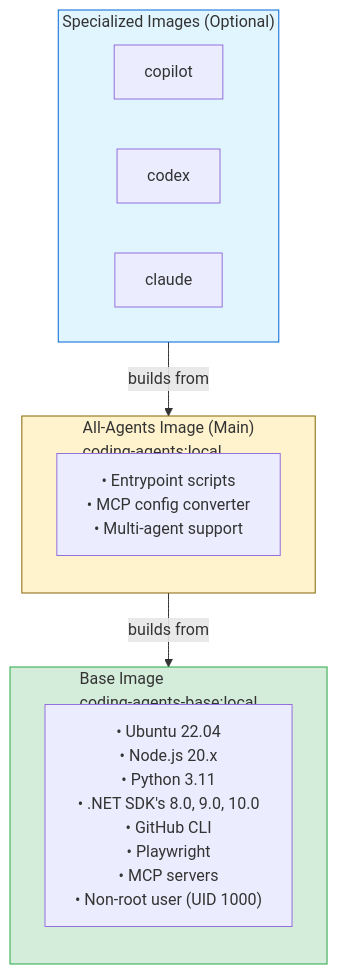
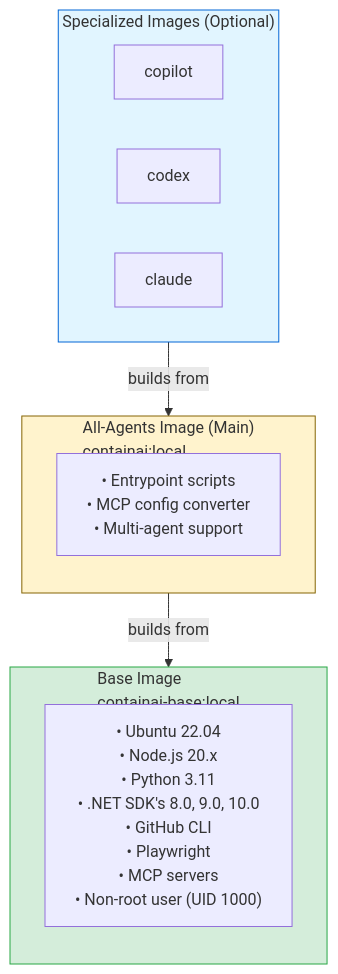
Before and after one commit to novotnyllc/ContainAI: the first of 2 diagrams in docs/build.md, drawn with Mermaid. The commit also changed other lines of this file and 109 other files, not shown here.

````diff
--- a/docs/build.md
+++ b/docs/build.md
@@ -15,26 +15,26 @@
 ```mermaid
 flowchart TB
     subgraph specialized["Specialized Images (Optional)"]
         direction LR
         copilot["copilot"]
         codex["codex"]
         claude["claude"]
     end
     
-    subgraph allagents["All-Agents Image (Main)<br/>coding-agents:local"]
+    subgraph allagents["All-Agents Image (Main)<br/>containai:local"]
         direction TB
         all_content["• Entrypoint scripts<br/>• MCP config converter<br/>• Multi-agent support"]
     end
     
-    subgraph base["Base Image<br/>coding-agents-base:local"]
+    subgraph base["Base Image<br/>containai-base:local"]
         direction TB
         base_content["• Ubuntu 22.04<br/>• Node.js 20.x<br/>• Python 3.11<br/>• .NET SDK's 8.0, 9.0, 10.0<br/>• GitHub CLI<br/>• Playwright<br/>• MCP servers<br/>• Non-root user (UID 1000)"]
     end
     
     specialized -->|builds from| allagents
     allagents -->|builds from| base
     
     style specialized fill:#e1f5ff,stroke:#0366d6
     style allagents fill:#fff3cd,stroke:#856404
     style base fill:#d4edda,stroke:#28a745
 ```
````
